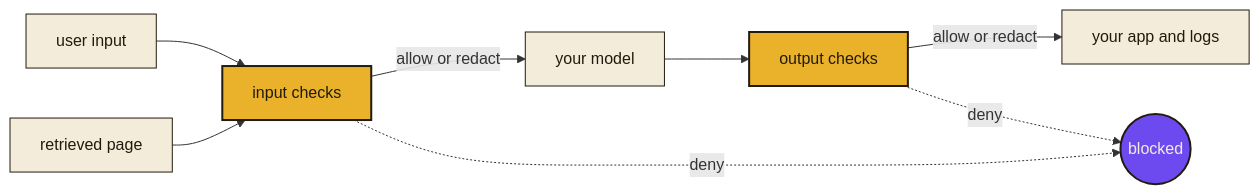
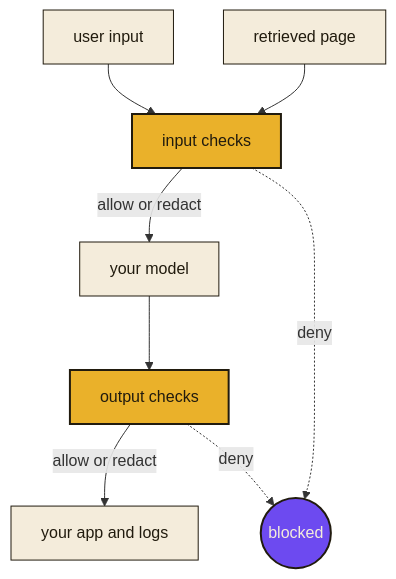
The diagram in README.md (jamjet-labs/jamjet-guardrails), drawn with Mermaid before and after one commit.

Commit message:
docs: lay the flow diagram out top down so it clears the viewer controls

````diff
--- a/README.md
+++ b/README.md
@@ -12,16 +12,16 @@
 ```mermaid
-flowchart LR
+flowchart TD
   U[user input] --> IN
   R[retrieved page] --> IN
   IN[input checks] -->|allow or redact| M[your model]
   M --> OUT[output checks]
   OUT -->|allow or redact| APP[your app and logs]
   IN -.->|deny| X((blocked))
   OUT -.->|deny| X
   classDef check fill:#eab12a,stroke:#211b0e,stroke-width:2px,color:#211b0e
   classDef io fill:#f4ecdb,stroke:#211b0e,stroke-width:1px,color:#211b0e
   classDef stop fill:#6d4af0,stroke:#211b0e,stroke-width:2px,color:#f4ecdb
   class IN,OUT check
   class U,R,M,APP io
   class X stop
 ```
````
